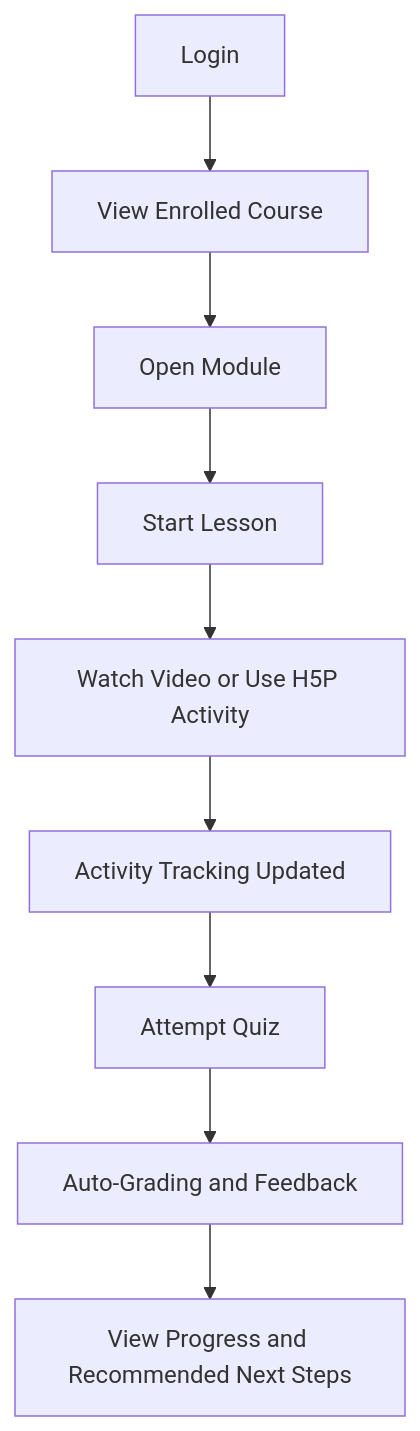
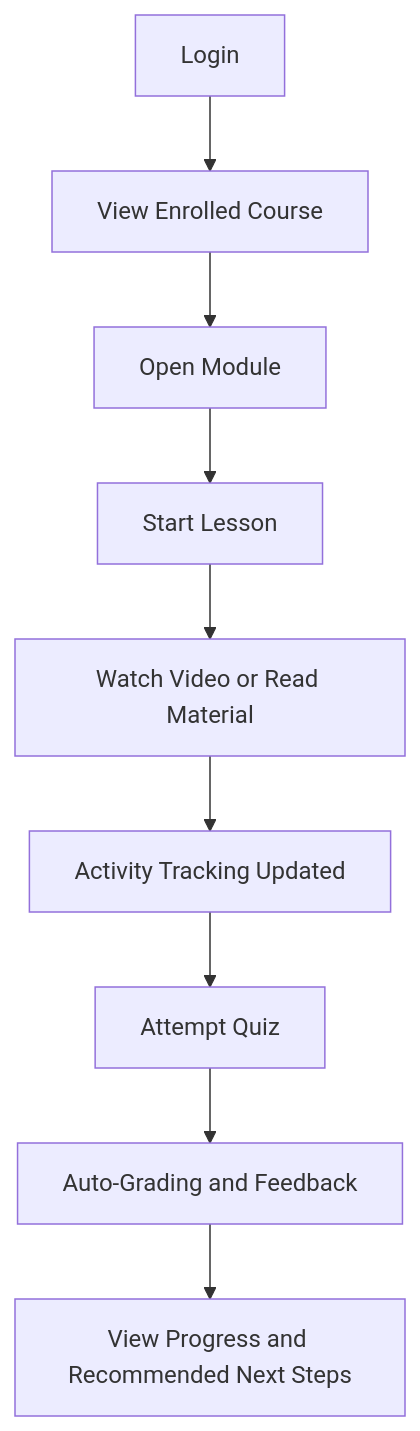
The second of 15 diagrams in part-i/Use-Cases.md (wingkit123/QuestLearn), drawn with Mermaid before and after one commit. The commit also changed other lines of this file and 9 other files, not shown here.

````diff
--- a/part-i/Use-Cases.md
+++ b/part-i/Use-Cases.md
@@ -362,11 +345,11 @@
 ```mermaid
 flowchart TD
     A[Login] --> B[View Enrolled Course]
     B --> C[Open Module]
     C --> D[Start Lesson]
-    D --> E[Watch Video or Use H5P Activity]
+    D --> E[Watch Video or Read Material]
     E --> F[Activity Tracking Updated]
     F --> G[Attempt Quiz]
     G --> H[Auto-Grading and Feedback]
     H --> I[View Progress and Recommended Next Steps]
 ```
````
